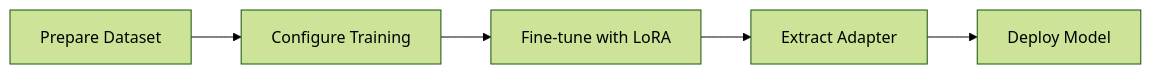
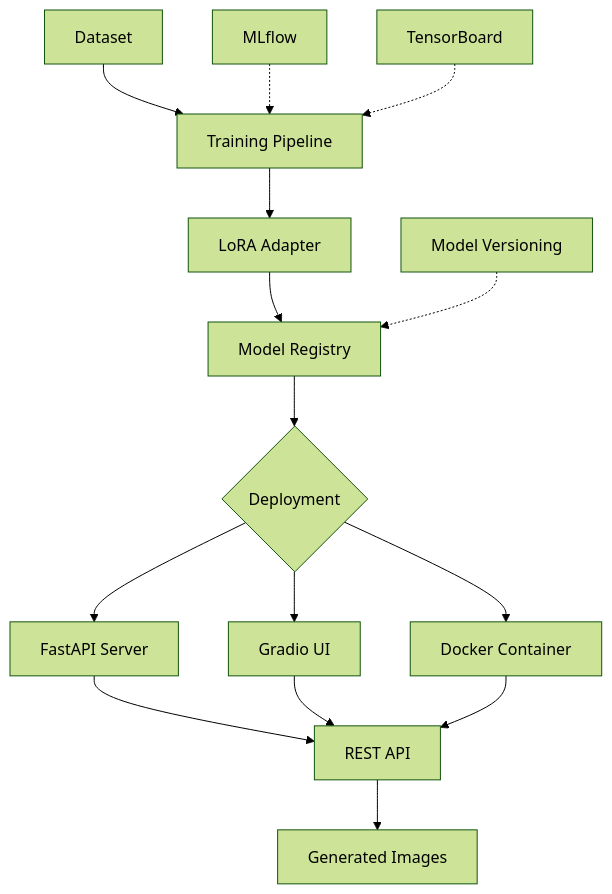
One commit to monsy101/depi-project changed the diagram in README.md. Above: the diagram before and after it, drawn with Mermaid (forest theme). The commit also changed other lines of this file, not shown here.

````diff
--- a/README.md
+++ b/README.md
@@ -231,7 +210,18 @@
 ```mermaid
-graph LR
-    A[Prepare Dataset] --> B[Configure Training]
-    B --> C[Fine-tune with LoRA]
-    C --> D[Extract Adapter]
-    D --> E[Deploy Model]
+graph TB
+    A[Dataset] --> B[Training Pipeline]
+    B --> C[LoRA Adapter]
+    C --> D[Model Registry]
+    D --> E{Deployment}
+    E --> F[FastAPI Server]
+    E --> G[Gradio UI]
+    E --> H[Docker Container]
+    F --> I[REST API]
+    G --> I
+    H --> I
+    I --> J[Generated Images]
+    
+    K[MLflow] -.-> B
+    L[TensorBoard] -.-> B
+    M[Model Versioning] -.-> D
 ```
````
